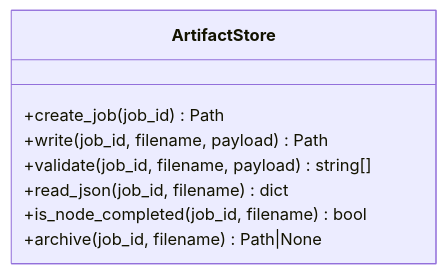
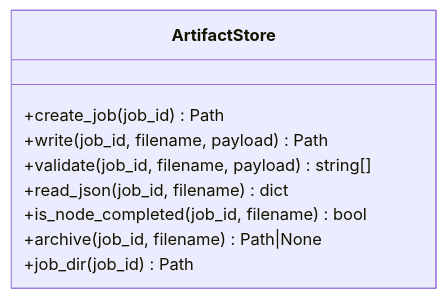
The fourth of 11 diagrams in .qoder/repowiki/zh/content/项目概述/核心功能特性/核心功能特性.md (Joeyzheng001/LLM-AutoTest), drawn with Mermaid before and after one commit. The commit also changed other lines of this file and 94 other files, not shown here.

````diff
--- a/.qoder/repowiki/zh/content/项目概述/核心功能特性/核心功能特性.md
+++ b/.qoder/repowiki/zh/content/项目概述/核心功能特性/核心功能特性.md
@@ -156,11 +191,12 @@
 ```mermaid
 classDiagram
 class ArtifactStore {
 +create_job(job_id) Path
 +write(job_id, filename, payload) Path
 +validate(job_id, filename, payload) string[]
 +read_json(job_id, filename) dict
 +is_node_completed(job_id, filename) bool
 +archive(job_id, filename) Path|None
++job_dir(job_id) Path
 }
 ```
````
